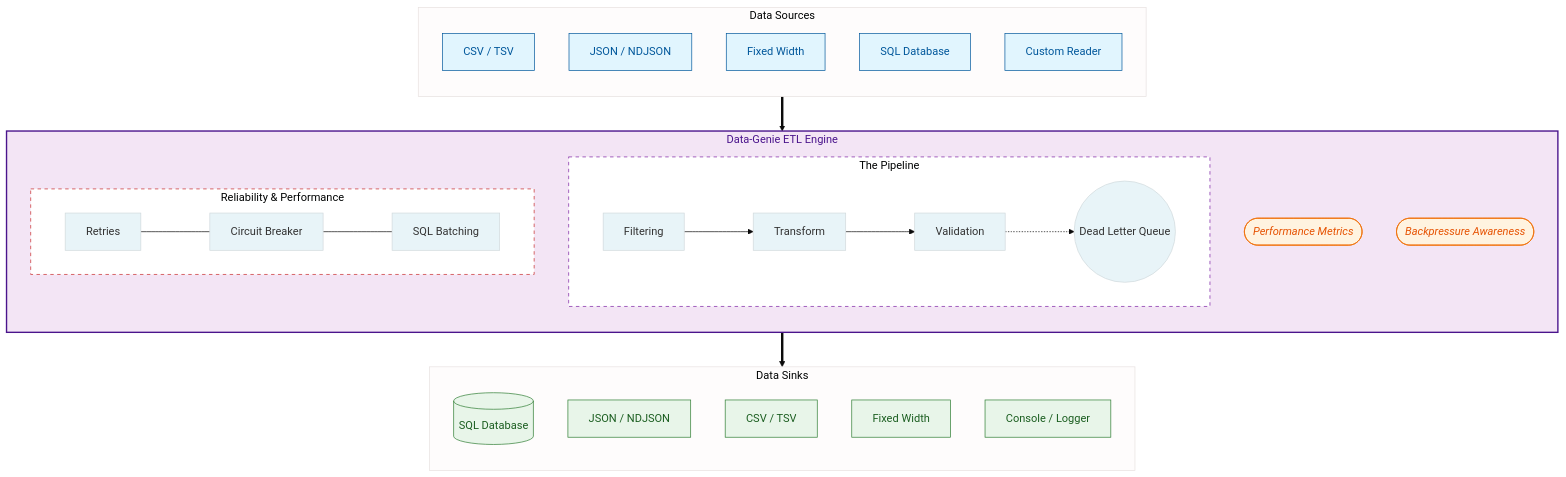
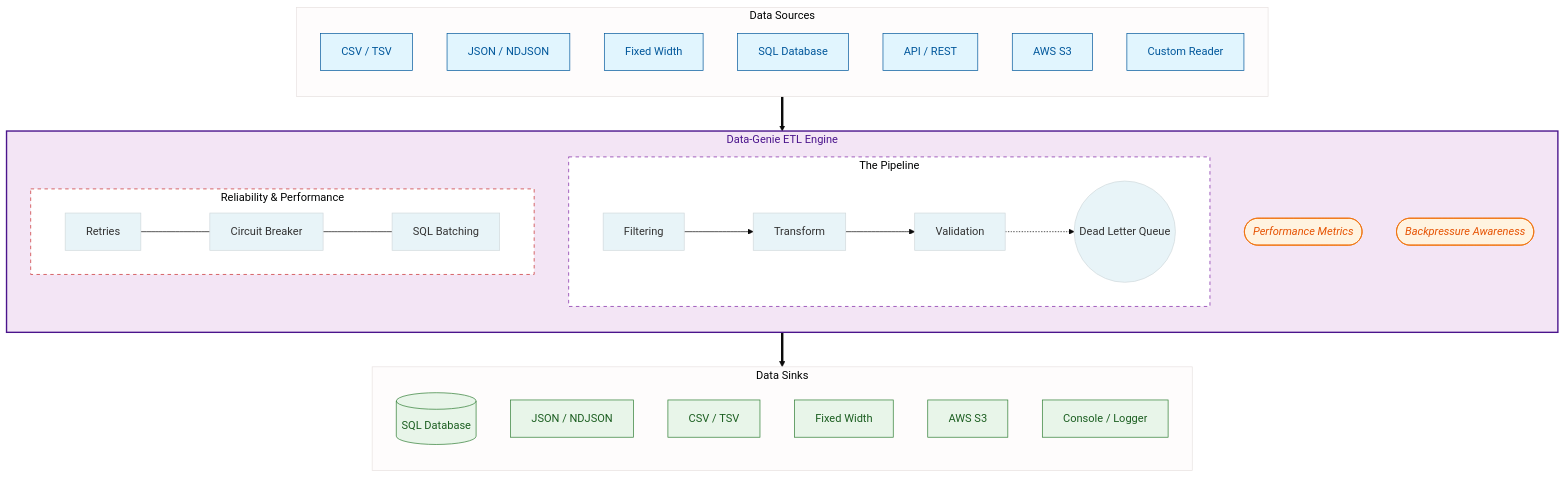
The diagram in README.md (pujansrt/data-genie), drawn with Mermaid before and after one commit. The commit also changed other lines of this file and 14 other files, not shown here.

````diff
--- a/README.md
+++ b/README.md
@@ -12,62 +12,65 @@
 ```mermaid
 %%{init: { 'theme': 'base', 'themeVariables': { 'primaryColor': '#E8F4F8', 'actorBkg': '#D2E4F9', 'edgeLabelBackground':'#ffffff', 'noteBkgColor': '#FDF2D4', 'noteBorderColor': '#F1C40F'}}}%%
 
 graph TD
     %% Data Sources
     subgraph Inputs [Data Sources]
         direction TB
         I1[CSV / TSV]
         I2[JSON / NDJSON]
         I3[Fixed Width]
         I4[SQL Database]
-        I5[Custom Reader]
+        I5[API / REST]
+        I6[AWS S3]
+        I7[Custom Reader]
     end
 
     %% The Engine Core
     subgraph Core [Data-Genie ETL Engine]
         direction TB
         
         subgraph Pipeline [The Pipeline]
             direction LR
             F[Filtering] --> T[Transform]
             T --> V[Validation]
             V -.-> DLQ((Dead Letter Queue))
         end
 
         subgraph Reliability [Reliability & Performance]
             direction LR
             R[Retries] --- C[Circuit Breaker]
             C --- B[SQL Batching]
         end
 
         Metrics([Performance Metrics])
         BP([Backpressure Awareness])
     end
 
     %% Data Sinks
     subgraph Outputs [Data Sinks]
         direction TB
         O1[(SQL Database)]
         O2[JSON / NDJSON]
         O3[CSV / TSV]
         O4[Fixed Width]
-        O5[Console / Logger]
+        O5[AWS S3]
+        O6[Console / Logger]
     end
 
     %% Main Flow
     Inputs ==> Core
     Core ==> Outputs
 
     %% Color Theme & Styling
     style Core fill:#f3e5f5,stroke:#4a148c,stroke-width:2px,color:#4a148c
     style Pipeline fill:#ffffff,stroke:#7b1fa2,stroke-dasharray: 5 5
     style Reliability fill:#ffffff,stroke:#c62828,stroke-dasharray: 5 5
     
     classDef source fill:#e1f5fe,stroke:#01579b,color:#01579b
     classDef sink fill:#e8f5e9,stroke:#2e7d32,color:#1b5e20
     classDef feature fill:#fff3e0,stroke:#ef6c00,color:#e65100,font-style:italic
     
-    class I1,I2,I3,I4,I5 source
-    class O1,O2,O3,O4,O5 sink
+    class I1,I2,I3,I4,I5,I6,I7 source
+    class O1,O2,O3,O4,O5,O6 sink
     class Metrics,BP feature
 ```
````
